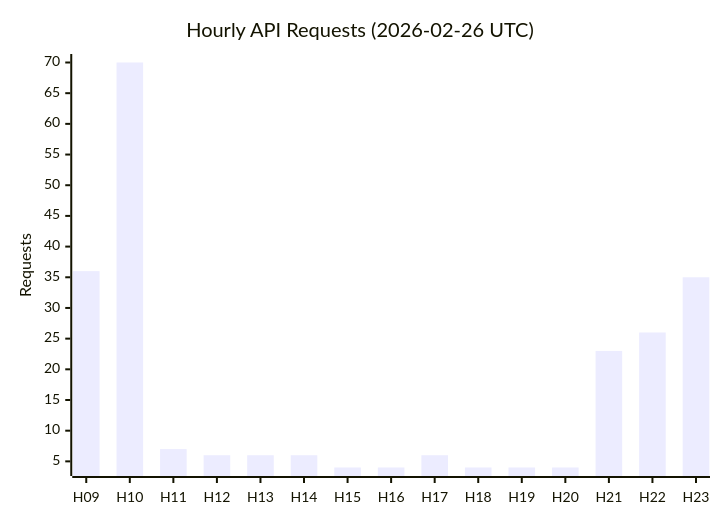
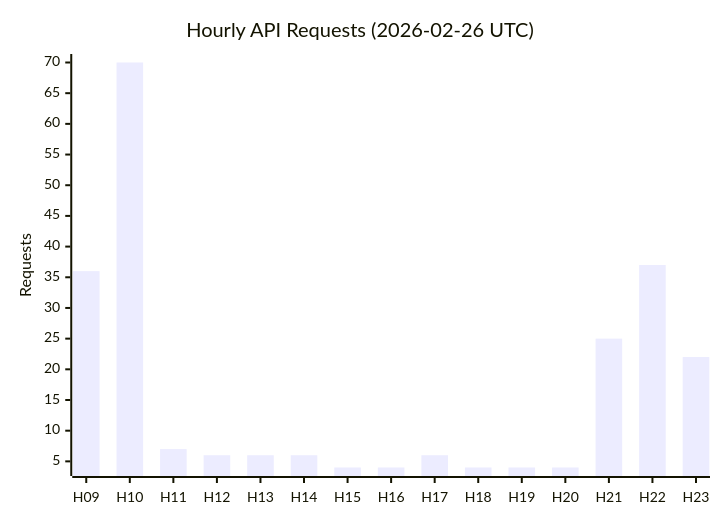
Before and after one commit to gormantec/openclaw_reports: the second of 2 diagrams in reports/2026-02-27/USAGE_REPORT.md, drawn with Mermaid. The commit also changed other lines of this file, not shown here.

````diff
--- a/reports/2026-02-27/USAGE_REPORT.md
+++ b/reports/2026-02-27/USAGE_REPORT.md
@@ -27,7 +27,7 @@
 ```mermaid
 xychart
     title "Hourly API Requests (2026-02-26 UTC)"
     x-axis [H09, H10, H11, H12, H13, H14, H15, H16, H17, H18, H19, H20, H21, H22, H23]
     y-axis "Requests"
-    bar [36, 70, 7, 6, 6, 6, 4, 4, 6, 4, 4, 4, 23, 26, 35]
+    bar [36, 70, 7, 6, 6, 6, 4, 4, 6, 4, 4, 4, 25, 37, 22]
 ```
````
